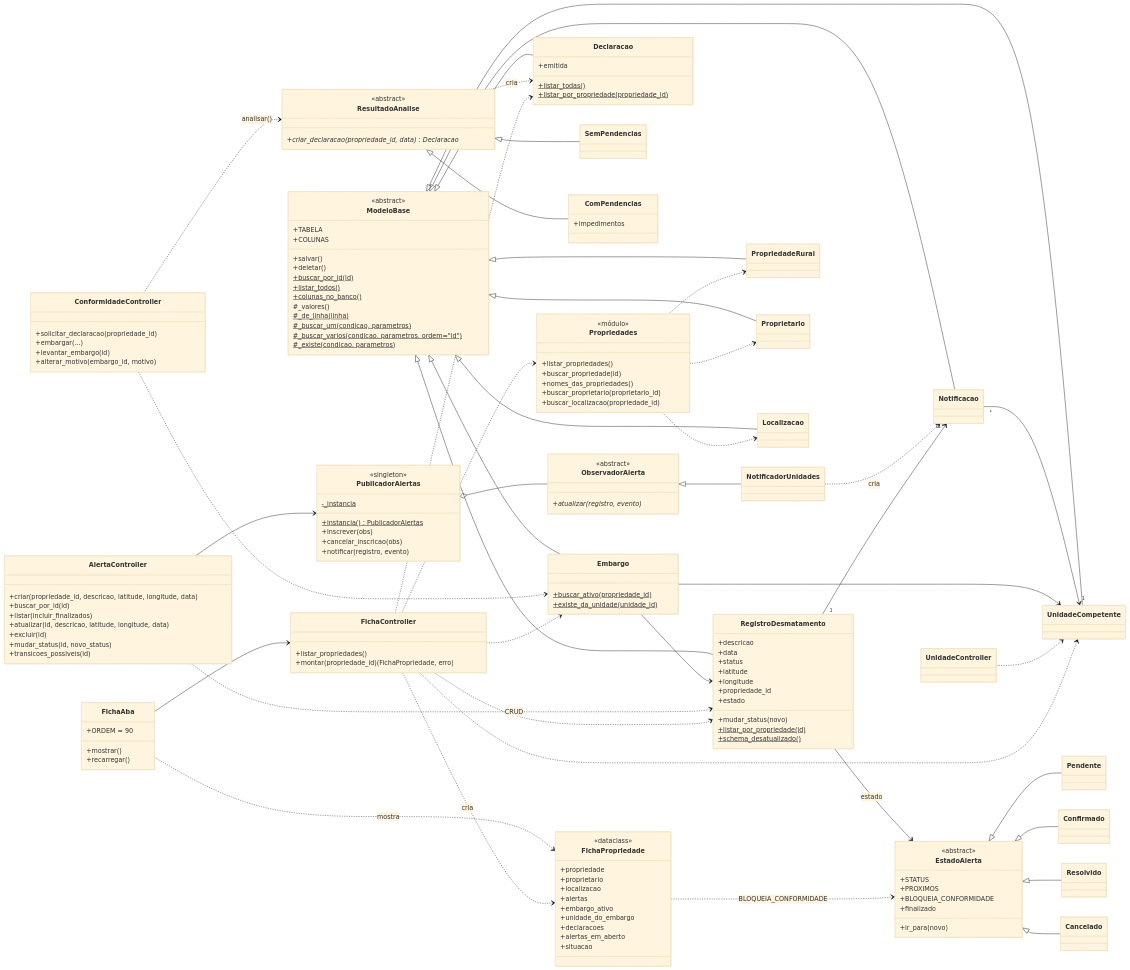
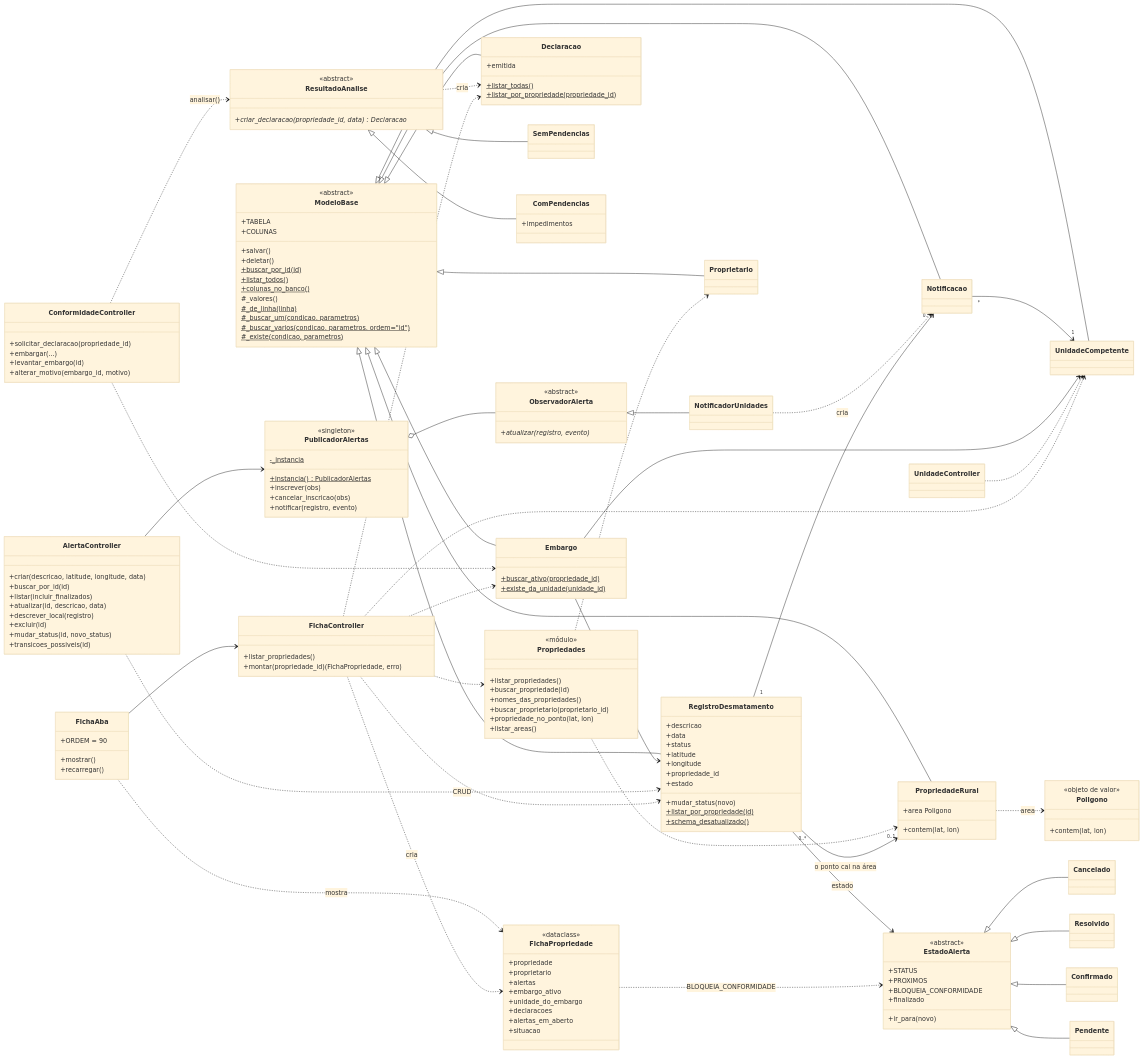
One commit to pedrohrossetto/sys-car changed the sixth of 7 diagrams in docs/fiscalizacao/diagramas.pt-br.md. Above: the diagram before and after it, drawn with Mermaid (base theme). The commit also changed other lines of this file and 17 other files, not shown here.

First line of the commit message:
docs: ADR-C05, ADR-002, ADR-F14 e diagramas com o mapa

````diff
--- a/docs/fiscalizacao/diagramas.pt-br.md
+++ b/docs/fiscalizacao/diagramas.pt-br.md
@@ -220,10 +226,11 @@
         +impedimentos
     }
     class AlertaController {
-        +criar(propriedade_id, descricao, latitude, longitude, data)
+        +criar(descricao, latitude, longitude, data)
         +buscar_por_id(id)
         +listar(incluir_finalizados)
-        +atualizar(id, descricao, latitude, longitude, data)
+        +atualizar(id, descricao, data)
+        +descrever_local(registro)
         +excluir(id)
         +mudar_status(id, novo_status)
         +transicoes_possiveis(id)
@@ -248,7 +255,6 @@
         <<dataclass>>
         +propriedade
         +proprietario
-        +localizacao
         +alertas
         +embargo_ativo
         +unidade_do_embargo
@@ -262,11 +268,18 @@
         +buscar_propriedade(id)
         +nomes_das_propriedades()
         +buscar_proprietario(proprietario_id)
-        +buscar_localizacao(propriedade_id)
+        +propriedade_no_ponto(lat, lon)
+        +listar_areas()
     }
-    class PropriedadeRural
+    class PropriedadeRural {
+        +area Poligono
+        +contem(lat, lon)
+    }
     class Proprietario
-    class Localizacao
+    class Poligono {
+        <<objeto de valor>>
+        +contem(lat, lon)
+    }
 
     ModeloBase <|-- UnidadeCompetente
     ModeloBase <|-- RegistroDesmatamento
@@ -275,7 +288,6 @@
     ModeloBase <|-- Declaracao
     ModeloBase <|-- PropriedadeRural
     ModeloBase <|-- Proprietario
-    ModeloBase <|-- Localizacao
     ResultadoAnalise <|-- SemPendencias
     ResultadoAnalise <|-- ComPendencias
     ResultadoAnalise ..> Declaracao : cria
@@ -307,5 +319,6 @@
     FichaPropriedade ..> EstadoAlerta : BLOQUEIA_CONFORMIDADE
     Propriedades ..> PropriedadeRural
     Propriedades ..> Proprietario
-    Propriedades ..> Localizacao
+    PropriedadeRural ..> Poligono : area
+    RegistroDesmatamento "0..*" --> "0..1" PropriedadeRural : o ponto cai na área
 ```
````
